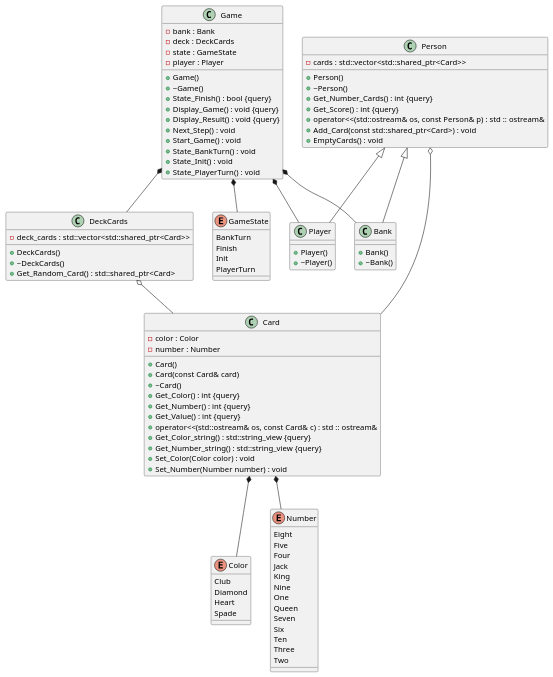
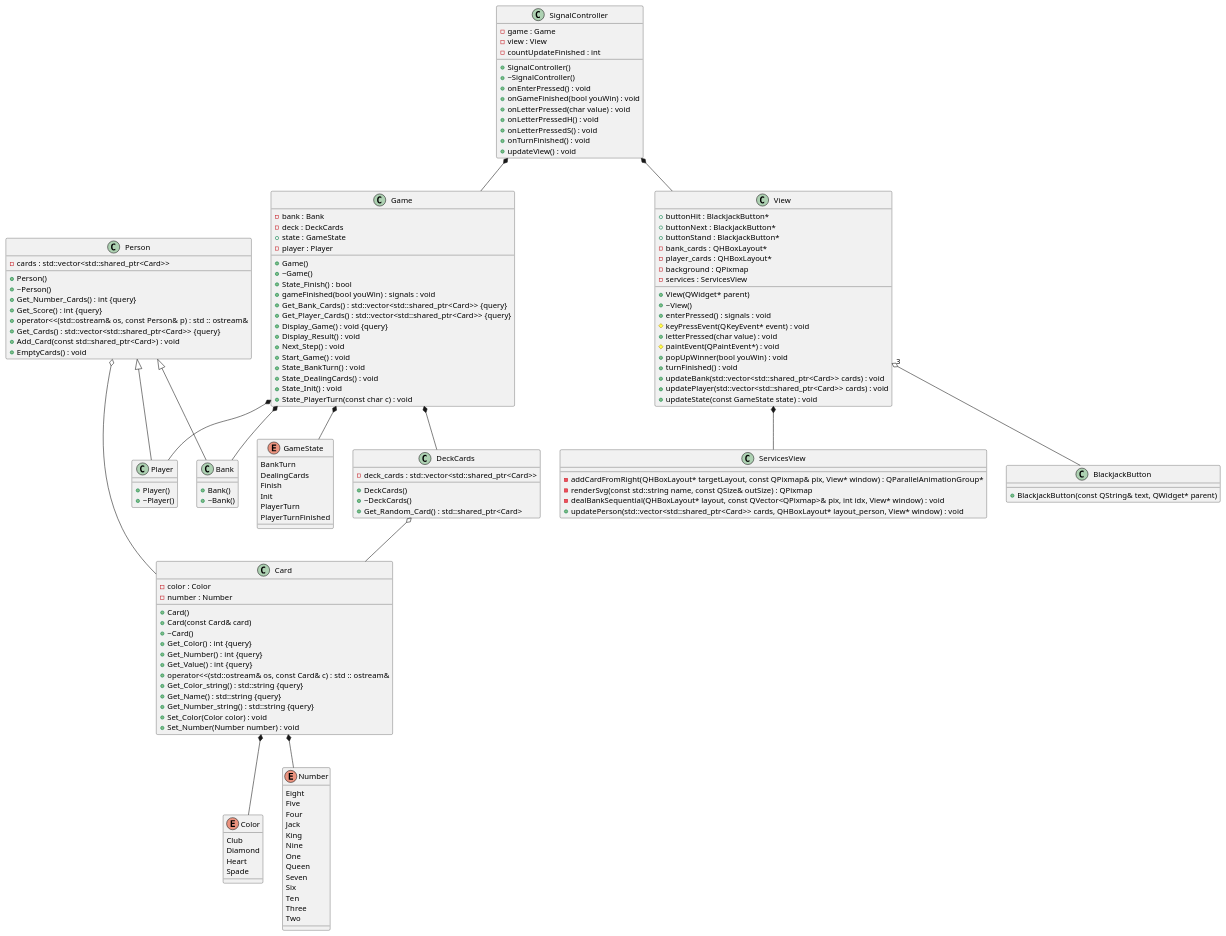
One commit to Eme1ine/Blackjack changed the diagram in doc/classes.puml. Above: the diagram before and after it, drawn with PlantUML. The commit also changed 13 other files, not shown here.

```diff
--- a/doc/classes.puml
+++ b/doc/classes.puml
@@ -12,6 +12,11 @@
 }
 
 
+class BlackjackButton {
+	+BlackjackButton(const QString& text, QWidget* parent)
+}
+
+
 class Card {
 	+Card()
 	+Card(const Card& card)
@@ -22,8 +27,9 @@
 	+Get_Number() : int {query}
 	+Get_Value() : int {query}
 	+operator<<(std::ostream& os, const Card& c) : std :: ostream&
-	+Get_Color_string() : std::string_view {query}
-	+Get_Number_string() : std::string_view {query}
+	+Get_Color_string() : std::string {query}
+	+Get_Name() : std::string {query}
+	+Get_Number_string() : std::string {query}
 	+Set_Color(Color color) : void
 	+Set_Number(Number number) : void
 }
@@ -42,16 +48,20 @@
 	+~Game()
 	-bank : Bank
 	-deck : DeckCards
-	-state : GameState
+	+state : GameState
 	-player : Player
-	+State_Finish() : bool {query}
+	+State_Finish() : bool
+	+gameFinished(bool youWin) : signals : void
+	+Get_Bank_Cards() : std::vector<std::shared_ptr<Card>> {query}
+	+Get_Player_Cards() : std::vector<std::shared_ptr<Card>> {query}
 	+Display_Game() : void {query}
-	+Display_Result() : void {query}
+	+Display_Result() : void
 	+Next_Step() : void
 	+Start_Game() : void
 	+State_BankTurn() : void
+	+State_DealingCards() : void
 	+State_Init() : void
-	+State_PlayerTurn() : void
+	+State_PlayerTurn(const char c) : void
 }
 
 
@@ -61,6 +71,7 @@
 	+Get_Number_Cards() : int {query}
 	+Get_Score() : int {query}
 	+operator<<(std::ostream& os, const Person& p) : std :: ostream&
+	+Get_Cards() : std::vector<std::shared_ptr<Card>> {query}
 	-cards : std::vector<std::shared_ptr<Card>>
 	+Add_Card(const std::shared_ptr<Card>) : void
 	+EmptyCards() : void
@@ -70,6 +81,52 @@
 class Player {
 	+Player()
 	+~Player()
+}
+
+
+class ServicesView {
+	-addCardFromRight(QHBoxLayout* targetLayout, const QPixmap& pix, View* window) : QParallelAnimationGroup*
+	-renderSvg(const std::string name, const QSize& outSize) : QPixmap
+	-dealBankSequential(QHBoxLayout* layout, const QVector<QPixmap>& pix, int idx, View* window) : void
+	+updatePerson(std::vector<std::shared_ptr<Card>> cards, QHBoxLayout* layout_person, View* window) : void
+}
+
+
+class SignalController {
+	+SignalController()
+	+~SignalController()
+	-game : Game
+	-view : View
+	-countUpdateFinished : int
+	+onEnterPressed() : void
+	+onGameFinished(bool youWin) : void
+	+onLetterPressed(char value) : void
+	+onLetterPressedH() : void
+	+onLetterPressedS() : void
+	+onTurnFinished() : void
+	+updateView() : void
+}
+
+
+class View {
+	+View(QWidget* parent)
+	+~View()
+	+buttonHit : BlackjackButton*
+	+buttonNext : BlackjackButton*
+	+buttonStand : BlackjackButton*
+	-bank_cards : QHBoxLayout*
+	-player_cards : QHBoxLayout*
+	-background : QPixmap
+	-services : ServicesView
+	+enterPressed() : signals : void
+	#keyPressEvent(QKeyEvent* event) : void
+	+letterPressed(char value) : void
+	#paintEvent(QPaintEvent*) : void
+	+popUpWinner(bool youWin) : void
+	+turnFinished() : void
+	+updateBank(std::vector<std::shared_ptr<Card>> cards) : void
+	+updatePlayer(std::vector<std::shared_ptr<Card>> cards) : void
+	+updateState(const GameState state) : void
 }
 
 
@@ -83,9 +140,11 @@
 
 enum GameState {
 	BankTurn
+	DealingCards
 	Finish
 	Init
 	PlayerTurn
+	PlayerTurnFinished
 }
 
 
@@ -146,6 +205,18 @@
 Person o-- Card
 
 
+SignalController *-- Game
+
+
+SignalController *-- View
+
+
+View "3" o-- BlackjackButton
+
+
+View *-- ServicesView
+
+
 
 
 
```
